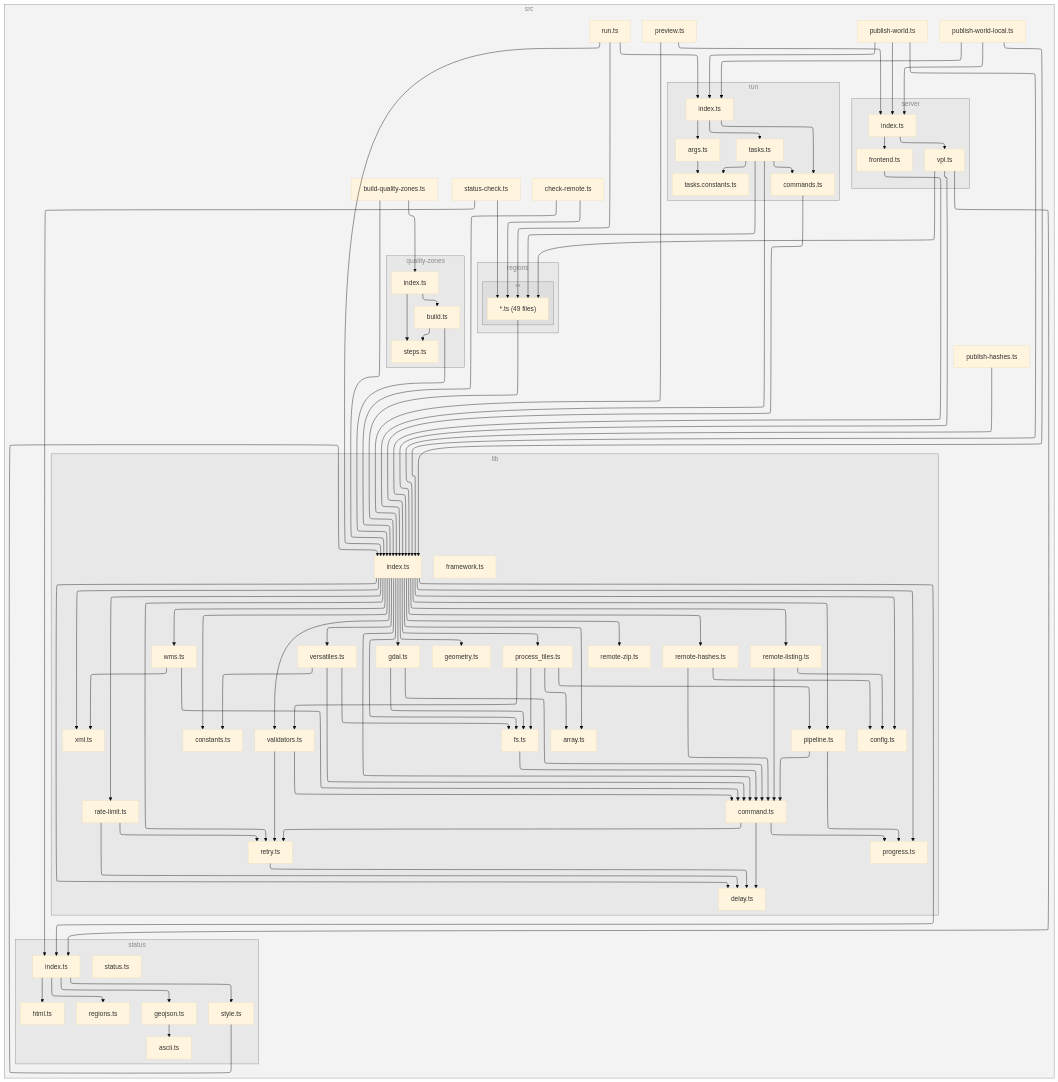
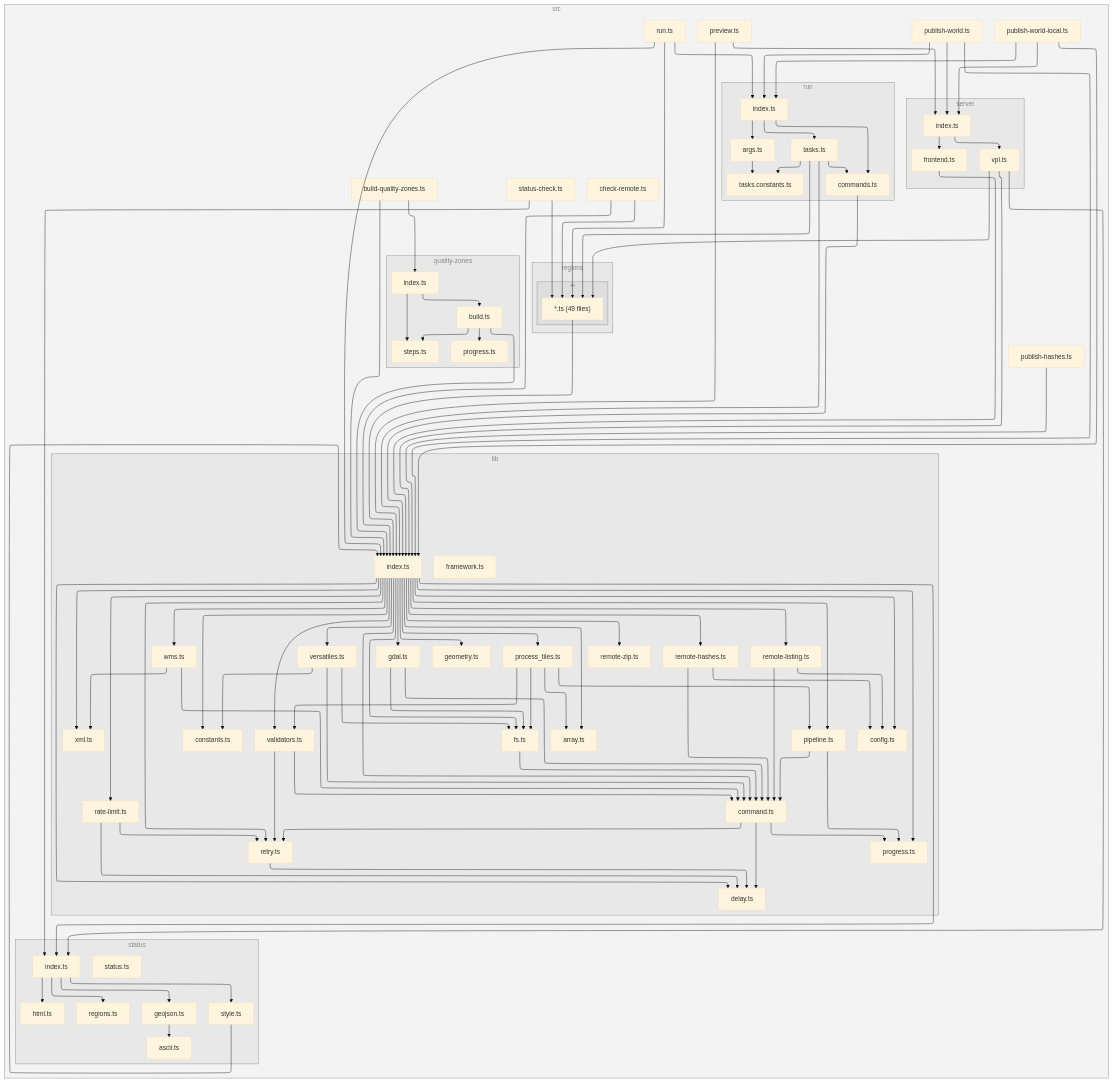
Before and after one commit to versatiles-org/orthophotos: the diagram in README.md, drawn with Mermaid (base theme). The commit also changed 6 other files, not shown here.

````diff
--- a/README.md
+++ b/README.md
@@ -124,7 +124,7 @@
 S["versatiles.ts"]
 T["wms.ts"]
 U["xml.ts"]
-13["framework.ts"]
+14["framework.ts"]
 end
 subgraph 4["status"]
 5["index.ts"]
@@ -133,37 +133,38 @@
 8["html.ts"]
 9["regions.ts"]
 A["style.ts"]
-1K["status.ts"]
+1L["status.ts"]
 end
 subgraph V["quality-zones"]
 W["index.ts"]
 X["build.ts"]
-Y["steps.ts"]
+Y["progress.ts"]
+Z["steps.ts"]
 end
-Z["check-remote.ts"]
-subgraph 10["regions"]
-subgraph 11["**"]
-12["*.ts (49 files)"]
+10["check-remote.ts"]
+subgraph 11["regions"]
+subgraph 12["**"]
+13["*.ts (49 files)"]
 end
 end
-14["preview.ts"]
-subgraph 15["server"]
-16["index.ts"]
-17["frontend.ts"]
-18["vpl.ts"]
+15["preview.ts"]
+subgraph 16["server"]
+17["index.ts"]
+18["frontend.ts"]
+19["vpl.ts"]
 end
-19["publish-hashes.ts"]
-1A["publish-world-local.ts"]
-subgraph 1B["run"]
-1C["index.ts"]
-1D["args.ts"]
-1E["tasks.constants.ts"]
-1F["commands.ts"]
-1G["tasks.ts"]
+1A["publish-hashes.ts"]
+1B["publish-world-local.ts"]
+subgraph 1C["run"]
+1D["index.ts"]
+1E["args.ts"]
+1F["tasks.constants.ts"]
+1G["commands.ts"]
+1H["tasks.ts"]
 end
-1H["publish-world.ts"]
-1I["run.ts"]
-1J["status-check.ts"]
+1I["publish-world.ts"]
+1J["run.ts"]
+1K["status-check.ts"]
 end
 1-->3
 1-->W
@@ -221,42 +222,43 @@
 T-->C
 T-->U
 W-->X
-W-->Y
+W-->Z
 X-->3
 X-->Y
-Z-->3
-Z-->12
-12-->3
-14-->3
-14-->16
-16-->17
-16-->18
-17-->3
+X-->Z
+10-->3
+10-->13
+13-->3
+15-->3
+15-->17
+17-->18
+17-->19
 18-->3
-18-->12
-18-->5
 19-->3
+19-->13
+19-->5
 1A-->3
-1A-->1C
-1A-->16
-1C-->1D
-1C-->1F
-1C-->1G
+1B-->3
+1B-->1D
+1B-->17
 1D-->1E
-1F-->3
+1D-->1G
+1D-->1H
+1E-->1F
 1G-->3
-1G-->12
-1G-->1F
-1G-->1E
 1H-->3
-1H-->1C
-1H-->16
+1H-->13
+1H-->1G
+1H-->1F
 1I-->3
-1I-->12
-1I-->1C
-1J-->12
-1J-->5
+1I-->1D
+1I-->17
+1J-->3
+1J-->13
+1J-->1D
+1K-->13
+1K-->5
 
-class 0,2,4,V,10,11,15,1B subgraphs;
+class 0,2,4,V,11,12,16,1C subgraphs;
 classDef subgraphs fill-opacity:0.1, fill:#888, color:#888, stroke:#888;
 ```
````
